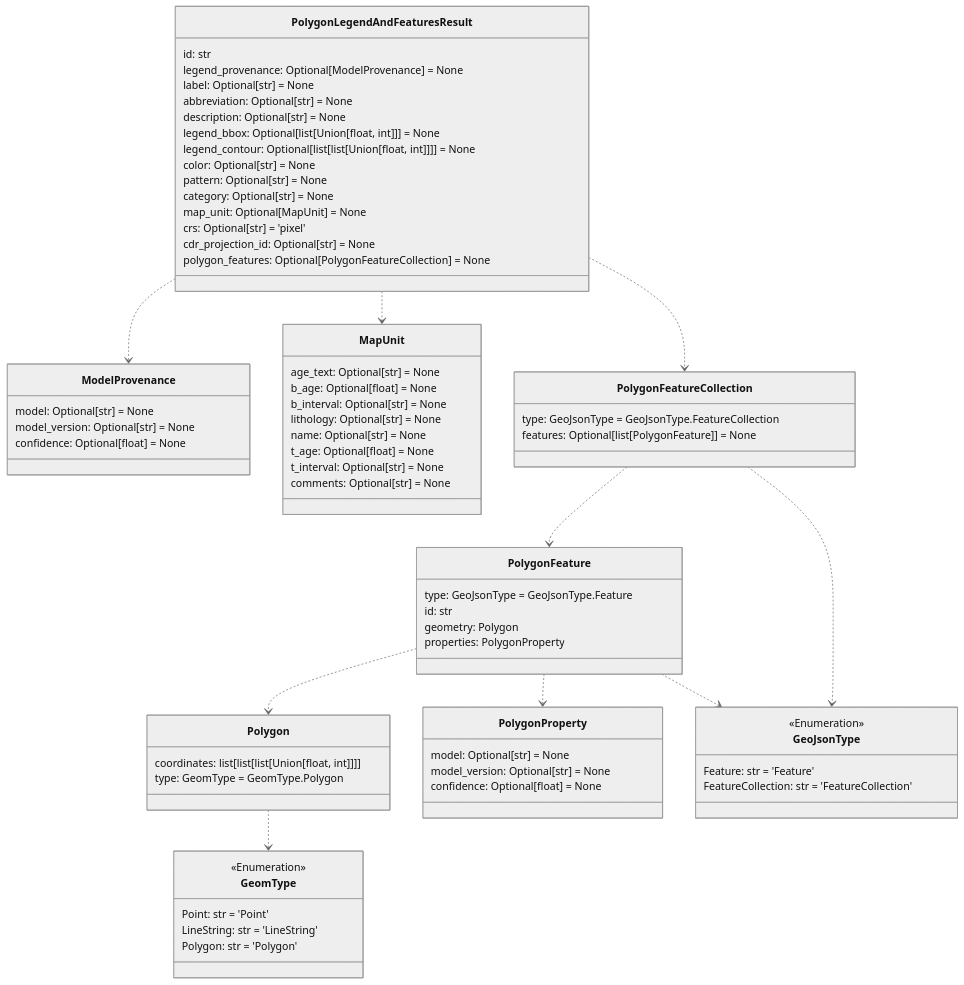
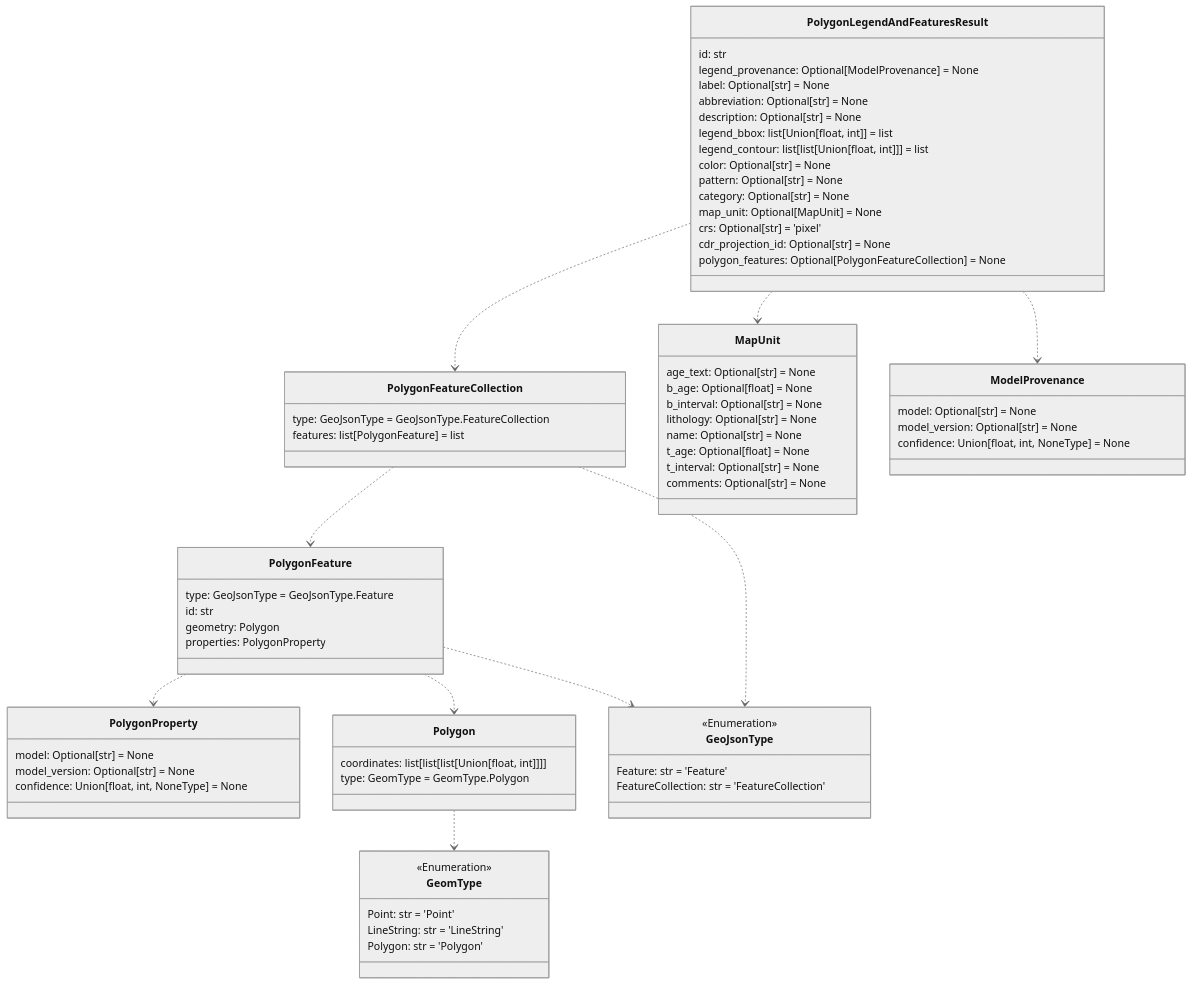
Before and after one commit to DARPA-CRITICALMAAS/cdr_schemas: the seventh of 12 diagrams in README.md, drawn with Mermaid (neutral theme). The commit also changed other lines of this file and 20 other files, not shown here.

````diff
--- a/README.md
+++ b/README.md
@@ -520,10 +520,22 @@
 ```mermaid
 classDiagram
 
-    class ModelProvenance {
+    class PolygonFeature {
+        type: GeoJsonType = GeoJsonType.Feature
+        id: str
+        geometry: Polygon
+        properties: PolygonProperty
+    }
+
+    class PolygonProperty {
         model: Optional[str] = None
         model_version: Optional[str] = None
-        confidence: Optional[float] = None
+        confidence: Union[float, int, NoneType] = None
+    }
+
+    class PolygonFeatureCollection {
+        type: GeoJsonType = GeoJsonType.FeatureCollection
+        features: list[PolygonFeature] = list
     }
 
     class MapUnit {
@@ -537,9 +549,28 @@
         comments: Optional[str] = None
     }
 
+    class GeomType {
+        <<Enumeration>>
+        Point: str = 'Point'
+        LineString: str = 'LineString'
+        Polygon: str = 'Polygon'
+    }
+
+    class ModelProvenance {
+        model: Optional[str] = None
+        model_version: Optional[str] = None
+        confidence: Union[float, int, NoneType] = None
+    }
+
     class Polygon {
         coordinates: list[list[list[Union[float, int]]]]
         type: GeomType = GeomType.Polygon
+    }
+
+    class GeoJsonType {
+        <<Enumeration>>
+        Feature: str = 'Feature'
+        FeatureCollection: str = 'FeatureCollection'
     }
 
     class PolygonLegendAndFeaturesResult {
@@ -548,8 +579,8 @@
         label: Optional[str] = None
         abbreviation: Optional[str] = None
         description: Optional[str] = None
-        legend_bbox: Optional[list[Union[float, int]]] = None
-        legend_contour: Optional[list[list[Union[float, int]]]] = None
+        legend_bbox: list[Union[float, int]] = list
+        legend_contour: list[list[Union[float, int]]] = list
         color: Optional[str] = None
         pattern: Optional[str] = None
         category: Optional[str] = None
@@ -559,46 +590,15 @@
         polygon_features: Optional[PolygonFeatureCollection] = None
     }
 
-    class PolygonFeatureCollection {
-        type: GeoJsonType = GeoJsonType.FeatureCollection
-        features: Optional[list[PolygonFeature]] = None
-    }
-
-    class PolygonFeature {
-        type: GeoJsonType = GeoJsonType.Feature
-        id: str
-        geometry: Polygon
-        properties: PolygonProperty
-    }
-
-    class PolygonProperty {
-        model: Optional[str] = None
-        model_version: Optional[str] = None
-        confidence: Optional[float] = None
-    }
-
-    class GeomType {
-        <<Enumeration>>
-        Point: str = 'Point'
-        LineString: str = 'LineString'
-        Polygon: str = 'Polygon'
-    }
-
-    class GeoJsonType {
-        <<Enumeration>>
-        Feature: str = 'Feature'
-        FeatureCollection: str = 'FeatureCollection'
-    }
-
     Polygon ..> GeomType
     PolygonFeature ..> PolygonProperty
     PolygonFeature ..> Polygon
     PolygonFeature ..> GeoJsonType
     PolygonFeatureCollection ..> PolygonFeature
     PolygonFeatureCollection ..> GeoJsonType
-    PolygonLegendAndFeaturesResult ..> ModelProvenance
     PolygonLegendAndFeaturesResult ..> PolygonFeatureCollection
     PolygonLegendAndFeaturesResult ..> MapUnit
+    PolygonLegendAndFeaturesResult ..> ModelProvenance
 
 
 ```
````
